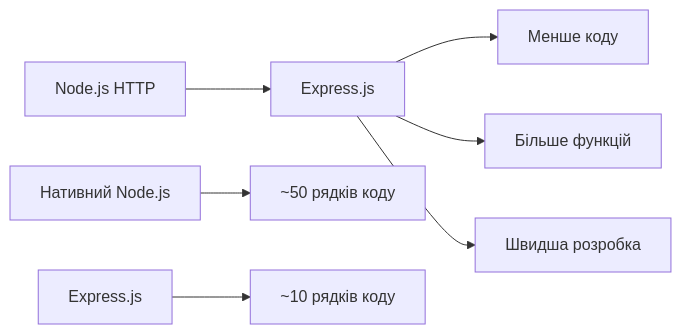
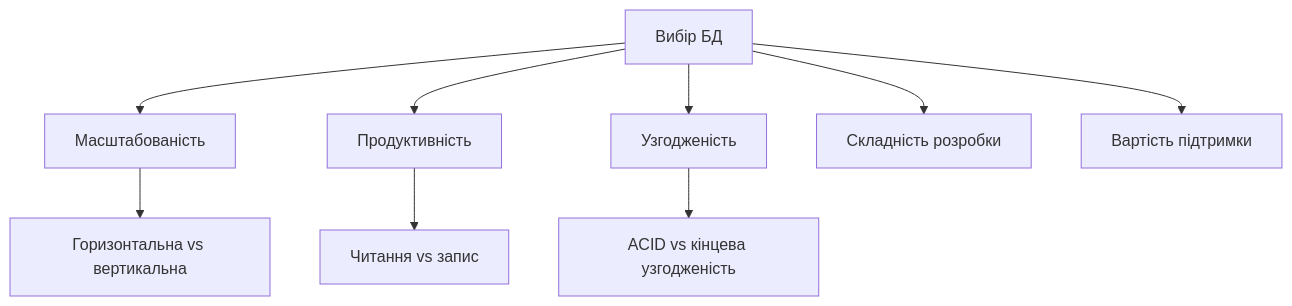
The first of 10 diagrams in presentations/presentation-04.md (olroi421/course-web), drawn with Mermaid before and after one commit. The commit also changed other lines of this file and 10 other files, not shown here.

````diff
--- a/presentations/presentation-04.md
+++ b/presentations/presentation-04.md
@@ -20,10 +14,12 @@
 ```mermaid
-graph LR
-    A[Node.js HTTP] --> B[Express.js]
-    B --> C[Менше коду]
-    B --> D[Більше функцій]
-    B --> E[Швидша розробка]
+graph TD
+    A[Вибір БД] --> B[Масштабованість]
+    A --> C[Продуктивність]
+    A --> D[Узгодженість]
+    A --> E[Складність розробки]
+    A --> F[Вартість підтримки]
 
-    F[Нативний Node.js] --> G[~50 рядків коду]
-    H[Express.js] --> I[~10 рядків коду]
+    B --> G[Горизонтальна vs вертикальна]
+    C --> H[Читання vs запис]
+    D --> I[ACID vs кінцева узгодженість]
 ```
````
